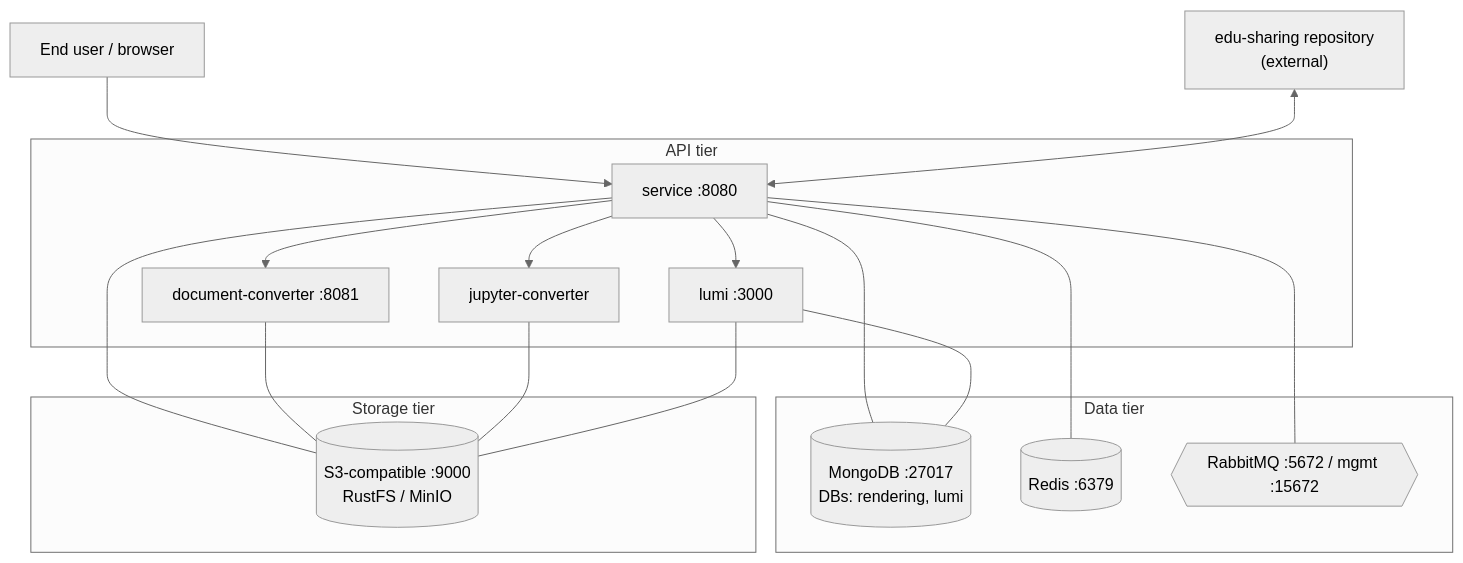
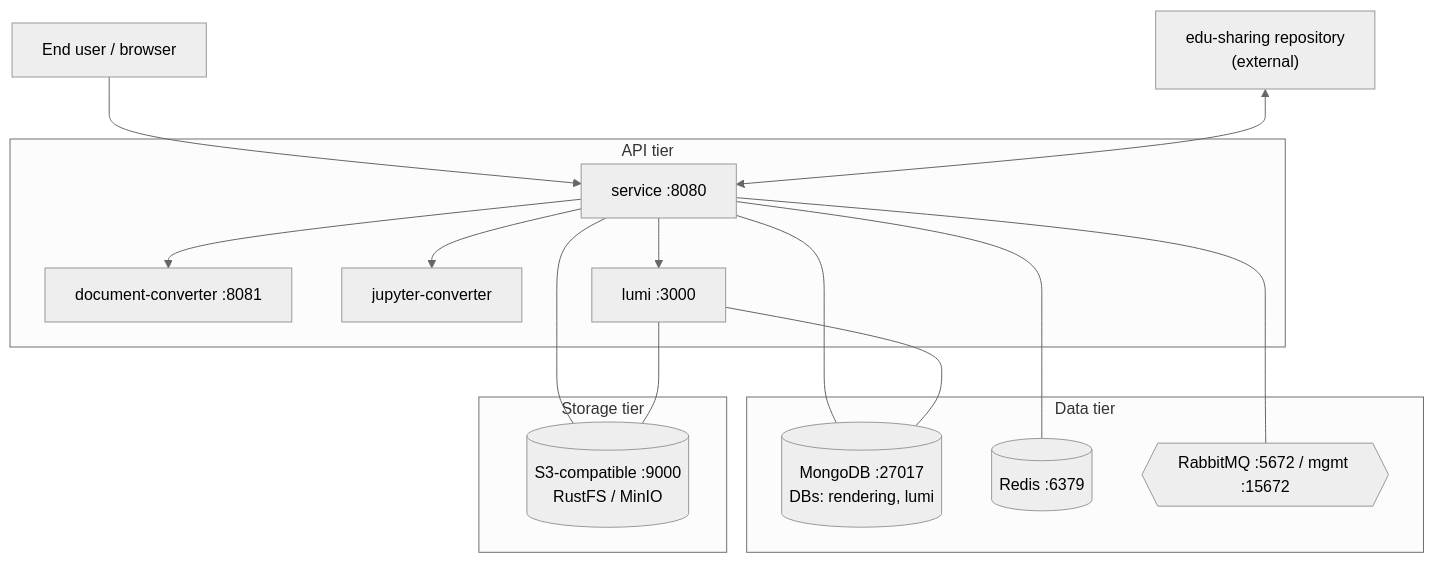
One commit to edu-sharing/edu-sharing-community-services-rendering2 changed the seventh of 7 diagrams in docs/ARCHITECTURE.md. Above: the diagram before and after it, drawn with Mermaid (neutral theme). The commit also changed other lines of this file, not shown here.

Commit message:
feat: documentation changes

````diff
--- a/docs/ARCHITECTURE.md
+++ b/docs/ARCHITECTURE.md
@@ -273,36 +273,34 @@
 ```mermaid
 flowchart TB
     client["End user / browser"]
     repo["edu-sharing repository<br/>(external)"]
 
     subgraph api["API tier"]
         svc["service :8080"]
         doc["document-converter :8081"]
         jup["jupyter-converter"]
         lumi["lumi :3000"]
     end
 
     subgraph data["Data tier"]
         mongo[("MongoDB :27017<br/>DBs: rendering, lumi")]
         redis[("Redis :6379")]
         rabbit{{"RabbitMQ :5672 / mgmt :15672"}}
     end
 
     subgraph store["Storage tier"]
         s3[("S3-compatible :9000<br/>RustFS / MinIO")]
     end
 
     client --> svc
     repo <--> svc
     svc --> doc
     svc --> jup
     svc --> lumi
     svc --- mongo
     svc --- redis
     svc --- rabbit
     svc --- s3
-    doc --- s3
-    jup --- s3
     lumi --- mongo
     lumi --- s3
 ```
````
